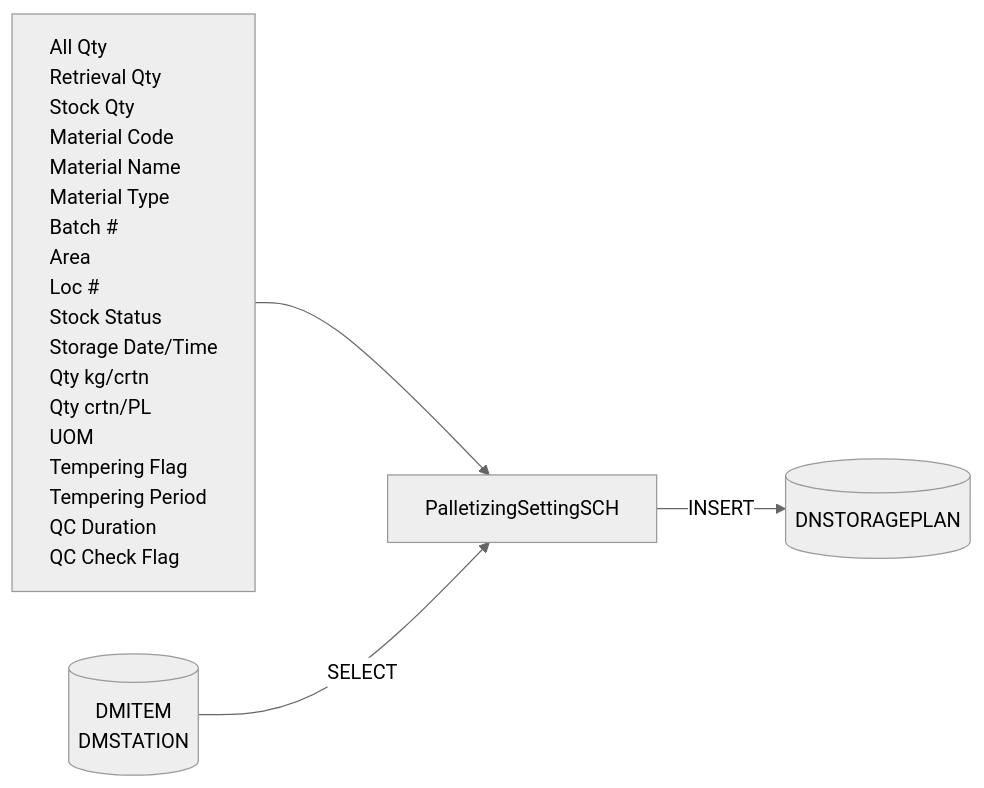
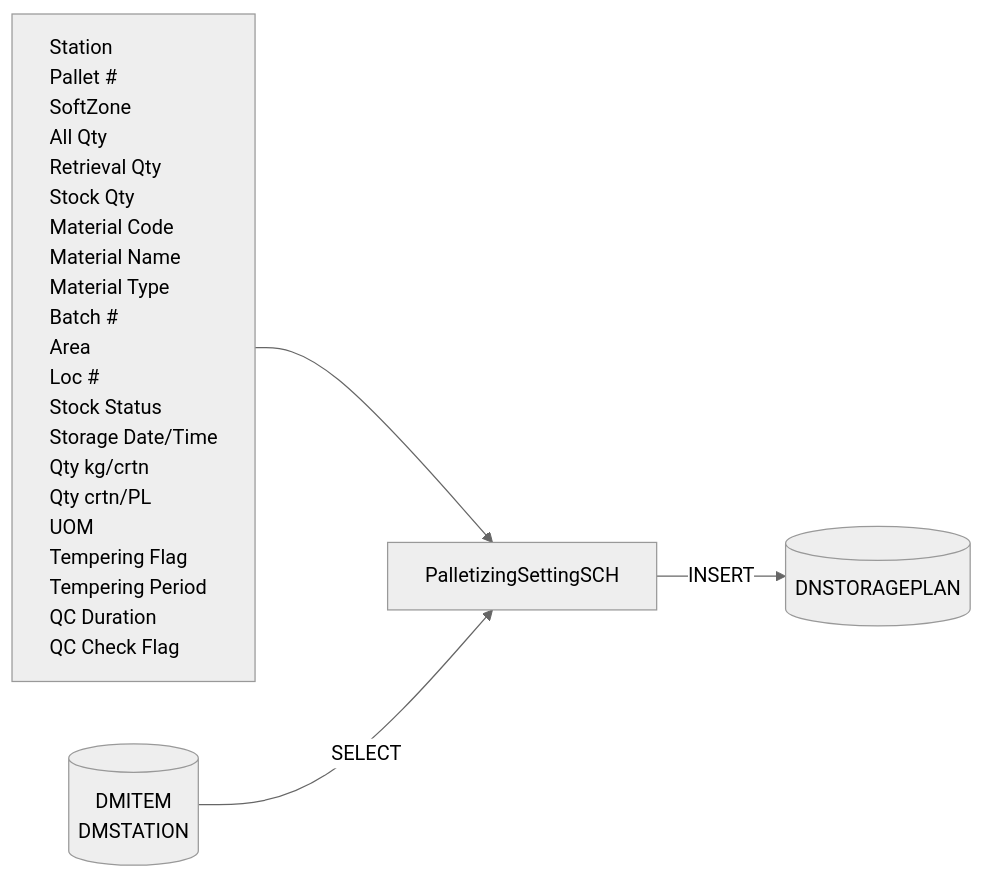
One commit to luthfiadityaa/SimeDarby-Wiki changed the third of 9 diagrams in Basic-Design/DFD-WMS/Retrieval/Unplanned-Retrieval-from-HP-Area.md. Above: the diagram before and after it, drawn with Mermaid (neutral theme).

Commit message:
Updated Unplanned Retrieval from HP Area

```diff
--- a/Basic-Design/DFD-WMS/Retrieval/Unplanned-Retrieval-from-HP-Area.md
+++ b/Basic-Design/DFD-WMS/Retrieval/Unplanned-Retrieval-from-HP-Area.md
@@ -92,40 +92,43 @@
 ::: mermaid
 flowchart LR
     input[
+        Station
+        Pallet #
+        SoftZone
         All Qty
         Retrieval Qty
         Stock Qty
         Material Code
         Material Name
         Material Type
         Batch #
         Area
         Loc #
         Stock Status
         Storage Date/Time
         Qty kg/crtn
         Qty crtn/PL
         UOM
         Tempering Flag
         Tempering Period
         QC Duration
         QC Check Flag
     ]
 
     tableList-insert[("
         DNSTORAGEPLAN
     ")]
 
      tableList-select[("
         DMITEM
         DMSTATION
     ")]
 
     className[PalletizingSettingSCH]
 
     input --> className --> |INSERT| tableList-insert
     tableList-select --> |SELECT| className
 
     classDef leftAlign text-align:left;
     class input leftAlign;
 :::
```
